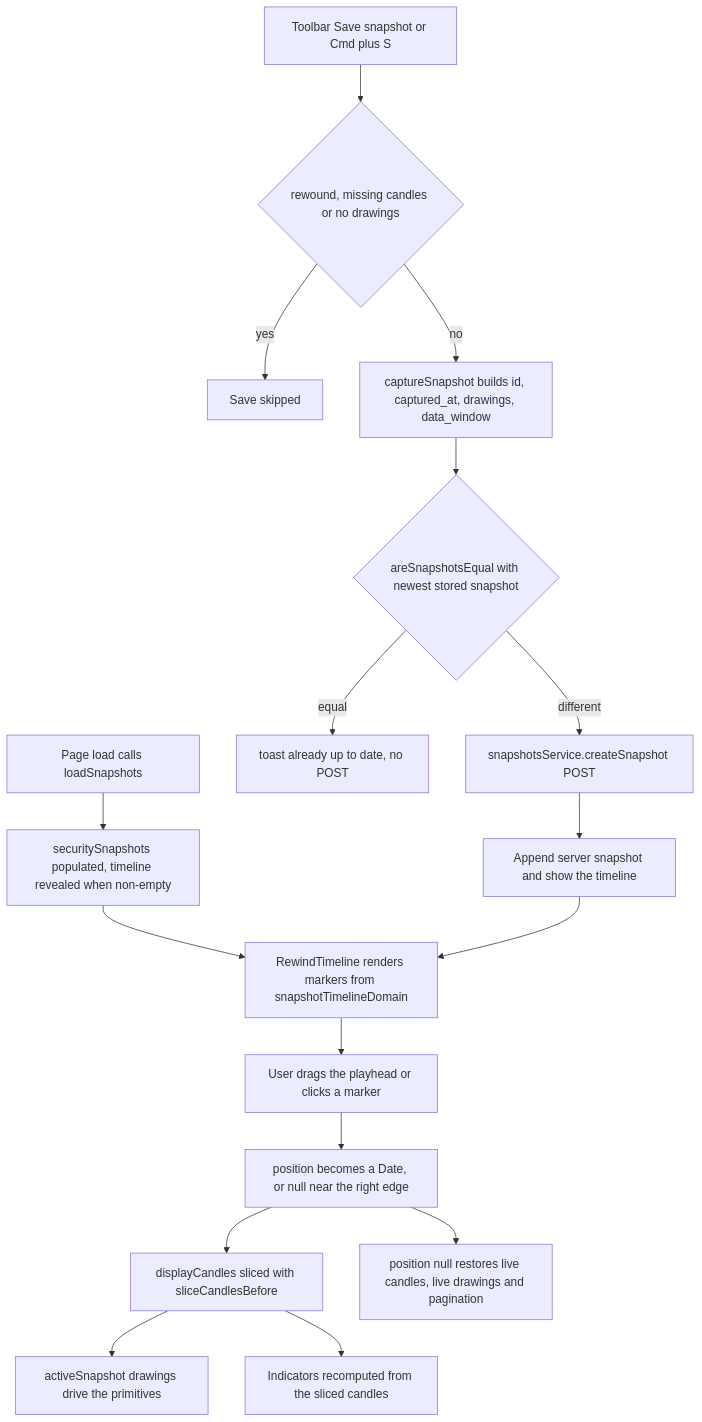
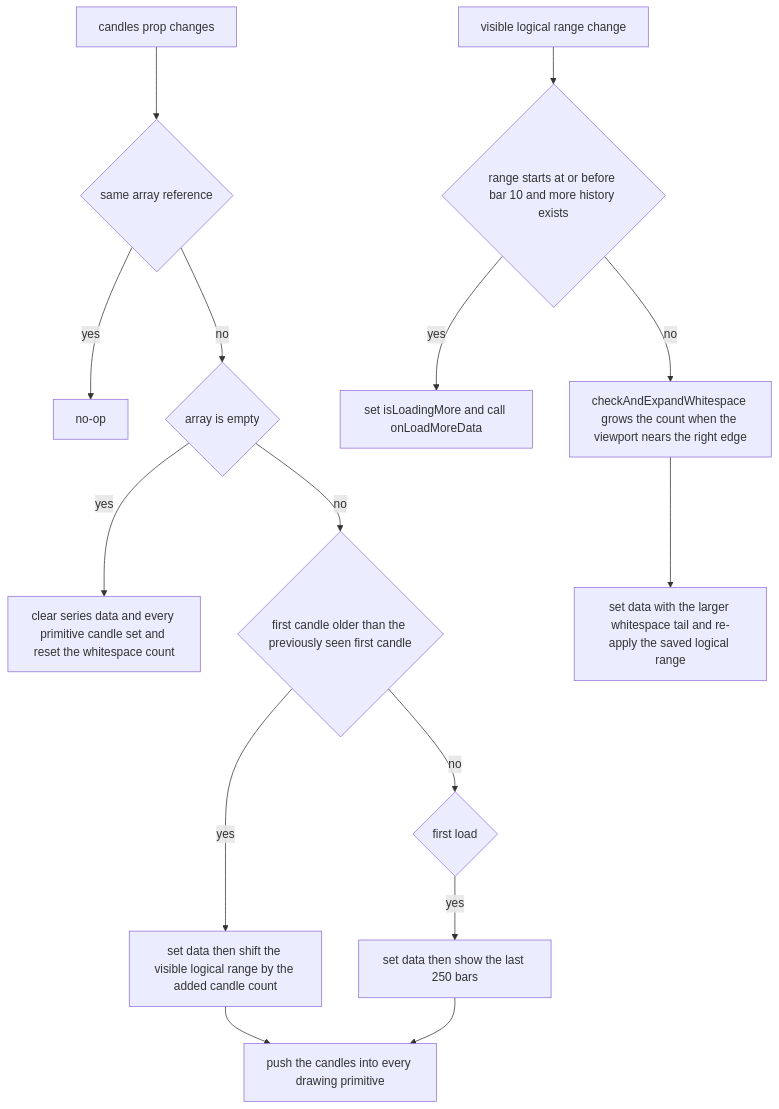
One commit to havekes/retail-portfolio changed the first of 2 diagrams in openwiki/architecture/charting.md. Above: the diagram before and after it, drawn with Mermaid. The commit also changed other lines of this file and 28 other files, not shown here.

````diff
--- a/openwiki/architecture/charting.md
+++ b/openwiki/architecture/charting.md
@@ -524,19 +155,17 @@
 ```mermaid
 flowchart TD
-    LOAD["Page load calls loadSnapshots"] --> STORE["securitySnapshots populated, timeline revealed when non-empty"]
-    SAVE["Toolbar Save snapshot or Cmd plus S"] --> GUARD{"rewound, missing candles or no drawings"}
-    GUARD -- "yes" --> SKIP["Save skipped"]
-    GUARD -- "no" --> CAP["captureSnapshot builds id, captured_at, drawings, data_window"]
-    CAP --> DEDUPE{"areSnapshotsEqual with newest stored snapshot"}
-    DEDUPE -- "equal" --> INFO["toast already up to date, no POST"]
-    DEDUPE -- "different" --> POST["snapshotsService.createSnapshot POST"]
-    POST --> APPEND["Append server snapshot and show the timeline"]
-    STORE --> TIMELINE["RewindTimeline renders markers from snapshotTimelineDomain"]
-    APPEND --> TIMELINE
-    TIMELINE --> SCRUB["User drags the playhead or clicks a marker"]
-    SCRUB --> POSITION["position becomes a Date, or null near the right edge"]
-    POSITION --> SLICE["displayCandles sliced with sliceCandlesBefore"]
-    SLICE --> DRAWINGS["activeSnapshot drawings drive the primitives"]
-    SLICE --> INDICATORS["Indicators recomputed from the sliced candles"]
-    POSITION --> RESET["position null restores live candles, live drawings and pagination"]
+    CHANGE["candles prop changes"] --> REF{"same array reference"}
+    REF -- "yes" --> NOOP["no-op"]
+    REF -- "no" --> EMPTY{"array is empty"}
+    EMPTY -- "yes" --> CLEAR["clear series data and every primitive candle set and reset the whitespace count"]
+    EMPTY -- "no" --> PREPEND{"first candle older than the previously seen first candle"}
+    PREPEND -- "yes" --> SHIFT["set data then shift the visible logical range by the added candle count"]
+    PREPEND -- "no" --> FIRST{"first load"}
+    FIRST -- "yes" --> WINDOW["set data then show the last 250 bars"]
+    SHIFT --> PUSH["push the candles into every drawing primitive"]
+    WINDOW --> PUSH
+    RANGE["visible logical range change"] --> PAGINATION{"range starts at or before bar 10 and more history exists"}
+    PAGINATION -- "yes" --> LOADMORE["set isLoadingMore and call onLoadMoreData"]
+    PAGINATION -- "no" --> EXPAND["checkAndExpandWhitespace grows the count when the viewport nears the right edge"]
+    EXPAND --> SAVED["set data with the larger whitespace tail and re-apply the saved logical range"]
 ```
````
